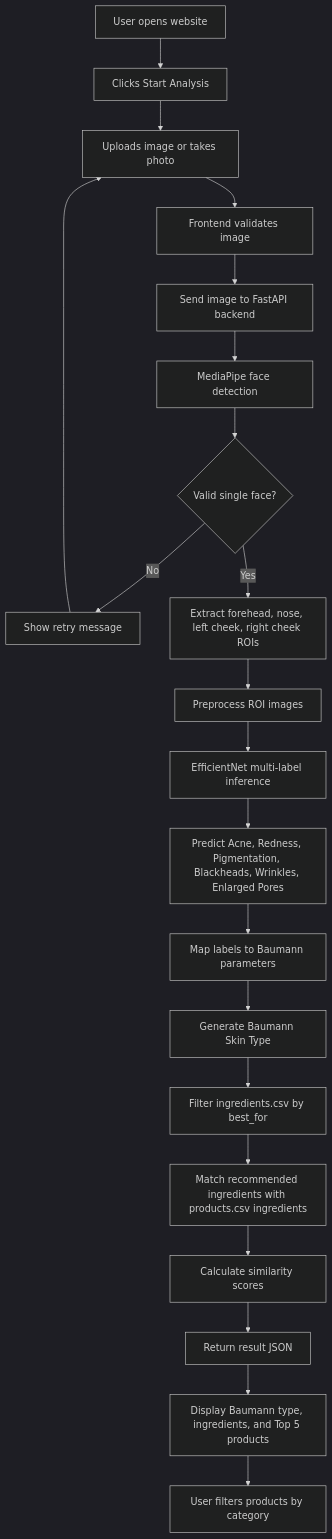
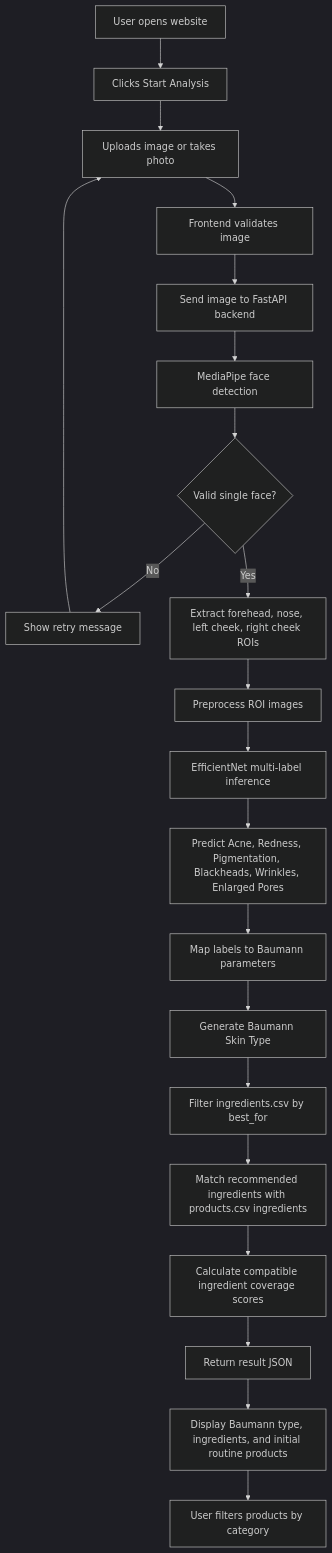
One commit to alzamzann/skin-analyzer-web-app changed the first of 6 diagrams in PRDv2.md. Above: the diagram before and after it, drawn with Mermaid (dark theme). The commit also changed other lines of this file and 20 other files, not shown here.

````diff
--- a/PRDv2.md
+++ b/PRDv2.md
@@ -291,23 +305,23 @@
 ```mermaid
 flowchart TD
     A[User opens website] --> B[Clicks Start Analysis]
     B --> C[Uploads image or takes photo]
     C --> D[Frontend validates image]
     D --> E[Send image to FastAPI backend]
     E --> F[MediaPipe face detection]
     F --> G{Valid single face?}
     G -- No --> H[Show retry message]
     H --> C
     G -- Yes --> I[Extract forehead, nose, left cheek, right cheek ROIs]
     I --> J[Preprocess ROI images]
     J --> K[EfficientNet multi-label inference]
     K --> L[Predict Acne, Redness, Pigmentation, Blackheads, Wrinkles, Enlarged Pores]
     L --> M[Map labels to Baumann parameters]
     M --> N[Generate Baumann Skin Type]
     N --> O[Filter ingredients.csv by best_for]
     O --> P[Match recommended ingredients with products.csv ingredients]
-    P --> Q[Calculate similarity scores]
+    P --> Q[Calculate compatible ingredient coverage scores]
     Q --> R[Return result JSON]
-    R --> S[Display Baumann type, ingredients, and Top 5 products]
+    R --> S[Display Baumann type, ingredients, and initial routine products]
     S --> T[User filters products by category]
 ```
````
